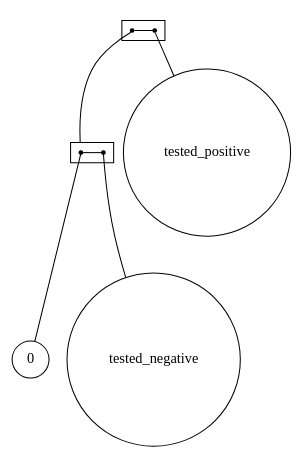
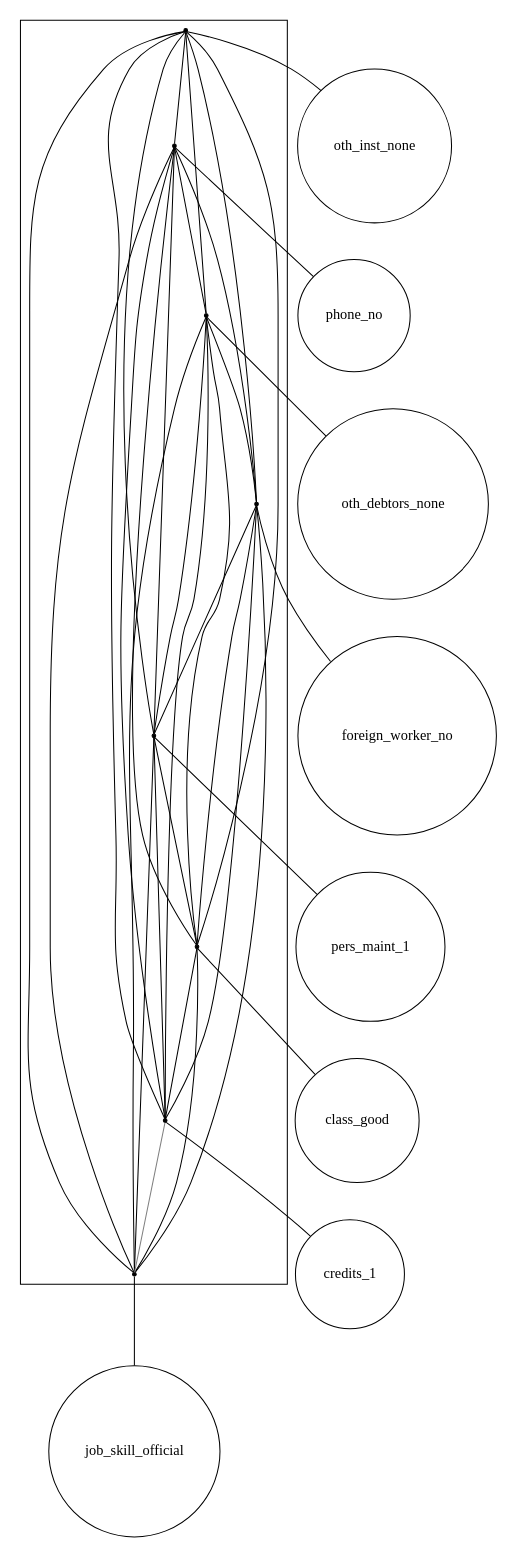
Before and after one commit to lrodrin/TFG: the diagram in src/final/linear_2-structure.dot, drawn with Graphviz. The commit also changed 5 other files, not shown here.

```diff
--- a/src/final/linear_2-structure.dot
+++ b/src/final/linear_2-structure.dot
@@ -1,26 +1,55 @@
 strict digraph "linear_2-structure" {
 compound=true;
 fontname=Verdana;
 fontsize=12;
 newrank=true;
 node [shape=circle];
-tested_positive;
-0;
-tested_negative;
-subgraph cluster_0tested_positivetested_negative {
-rank=same;
+oth_inst_none;
+phone_no;
+oth_debtors_none;
+foreign_worker_no;
+pers_maint_1;
+class_good;
+credits_1;
+job_skill_official;
+subgraph cluster_class_goodjob_skill_officialforeign_worker_nopers_maint_1phone_nooth_inst_noneoth_debtors_nonecredits_1 {
 node [shape=point];
-s_0tested_negative -> s_tested_positive  [color=black, arrowhead=none];
+s_oth_inst_none -> s_phone_no  [color=black, arrowhead=none];
+s_oth_inst_none -> s_oth_debtors_none  [color=black, arrowhead=none];
+s_oth_inst_none -> s_foreign_worker_no  [color=black, arrowhead=none];
+s_oth_inst_none -> s_pers_maint_1  [color=black, arrowhead=none];
+s_oth_inst_none -> s_class_good  [color=black, arrowhead=none];
+s_oth_inst_none -> s_credits_1  [color=black, arrowhead=none];
+s_oth_inst_none -> s_job_skill_official  [color=black, arrowhead=none];
+s_phone_no -> s_oth_debtors_none  [color=black, arrowhead=none];
+s_phone_no -> s_foreign_worker_no  [color=black, arrowhead=none];
+s_phone_no -> s_pers_maint_1  [color=black, arrowhead=none];
+s_phone_no -> s_class_good  [color=black, arrowhead=none];
+s_phone_no -> s_credits_1  [color=black, arrowhead=none];
+s_phone_no -> s_job_skill_official  [color=black, arrowhead=none];
+s_oth_debtors_none -> s_foreign_worker_no  [color=black, arrowhead=none];
+s_oth_debtors_none -> s_pers_maint_1  [color=black, arrowhead=none];
+s_oth_debtors_none -> s_class_good  [color=black, arrowhead=none];
+s_oth_debtors_none -> s_credits_1  [color=black, arrowhead=none];
+s_oth_debtors_none -> s_job_skill_official  [color=black, arrowhead=none];
+s_foreign_worker_no -> s_pers_maint_1  [color=black, arrowhead=none];
+s_foreign_worker_no -> s_class_good  [color=black, arrowhead=none];
+s_foreign_worker_no -> s_credits_1  [color=black, arrowhead=none];
+s_foreign_worker_no -> s_job_skill_official  [color=black, arrowhead=none];
+s_pers_maint_1 -> s_class_good  [color=black, arrowhead=none];
+s_pers_maint_1 -> s_credits_1  [color=black, arrowhead=none];
+s_pers_maint_1 -> s_job_skill_official  [color=black, arrowhead=none];
+s_class_good -> s_credits_1  [color=black, arrowhead=none];
+s_class_good -> s_job_skill_official  [color=black, arrowhead=none];
+s_credits_1 -> s_job_skill_official  [color=grey, arrowhead=none];
 }
 
-subgraph cluster_0tested_negative {
-rank=same;
-node [shape=point];
-s_0 -> s_tested_negative  [color=black, arrowhead=none];
+s_oth_inst_none -> oth_inst_none  [arrowhead=none];
+s_phone_no -> phone_no  [arrowhead=none];
+s_oth_debtors_none -> oth_debtors_none  [arrowhead=none];
+s_foreign_worker_no -> foreign_worker_no  [arrowhead=none];
+s_pers_maint_1 -> pers_maint_1  [arrowhead=none];
+s_class_good -> class_good  [arrowhead=none];
+s_credits_1 -> credits_1  [arrowhead=none];
+s_job_skill_official -> job_skill_official  [arrowhead=none];
 }
-
-s_0tested_negative -> s_0  [lhead=cluster_0tested_negative, arrowhead=none];
-s_tested_positive -> tested_positive  [arrowhead=none];
-s_0 -> 0  [arrowhead=none];
-s_tested_negative -> tested_negative  [arrowhead=none];
-}
```
